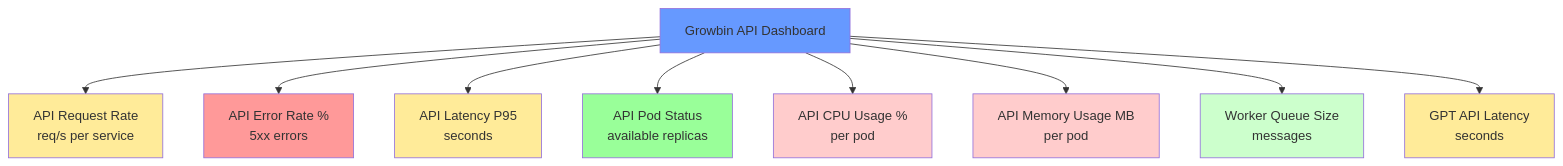
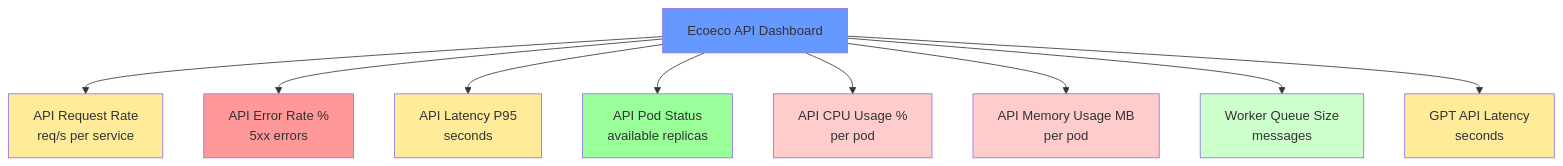
The second of 2 diagrams in docs/guides/PROMETHEUS_GRAFANA_MONITORING.md (eco2-team/backend), drawn with Mermaid before and after one commit. The commit also changed 67 other files, not shown here.

````diff
--- a/docs/guides/PROMETHEUS_GRAFANA_MONITORING.md
+++ b/docs/guides/PROMETHEUS_GRAFANA_MONITORING.md
@@ -183,23 +183,23 @@
 ```mermaid
 graph TD
-    D[Growbin API Dashboard]
+    D[Ecoeco API Dashboard]
     
     D --> P1[API Request Rate<br/>req/s per service]
     D --> P2[API Error Rate %<br/>5xx errors]
     D --> P3[API Latency P95<br/>seconds]
     D --> P4[API Pod Status<br/>available replicas]
     D --> P5[API CPU Usage %<br/>per pod]
     D --> P6[API Memory Usage MB<br/>per pod]
     D --> P7[Worker Queue Size<br/>messages]
     D --> P8[GPT API Latency<br/>seconds]
     
     style D fill:#6699ff
     style P1 fill:#ffeb99
     style P2 fill:#ff9999
     style P3 fill:#ffeb99
     style P4 fill:#99ff99
     style P5 fill:#ffcccc
     style P6 fill:#ffcccc
     style P7 fill:#ccffcc
     style P8 fill:#ffeb99
 ```
````
